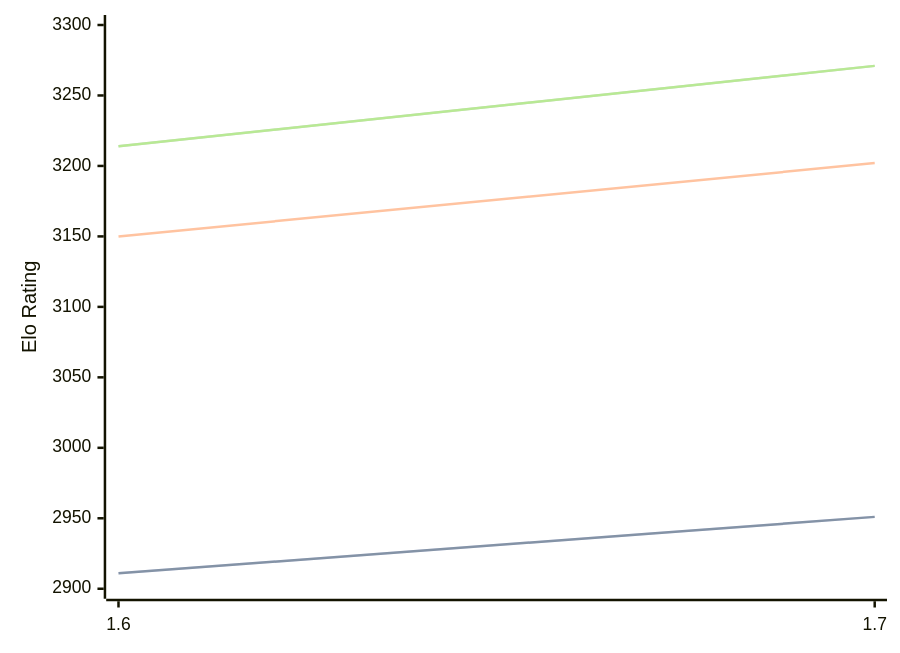
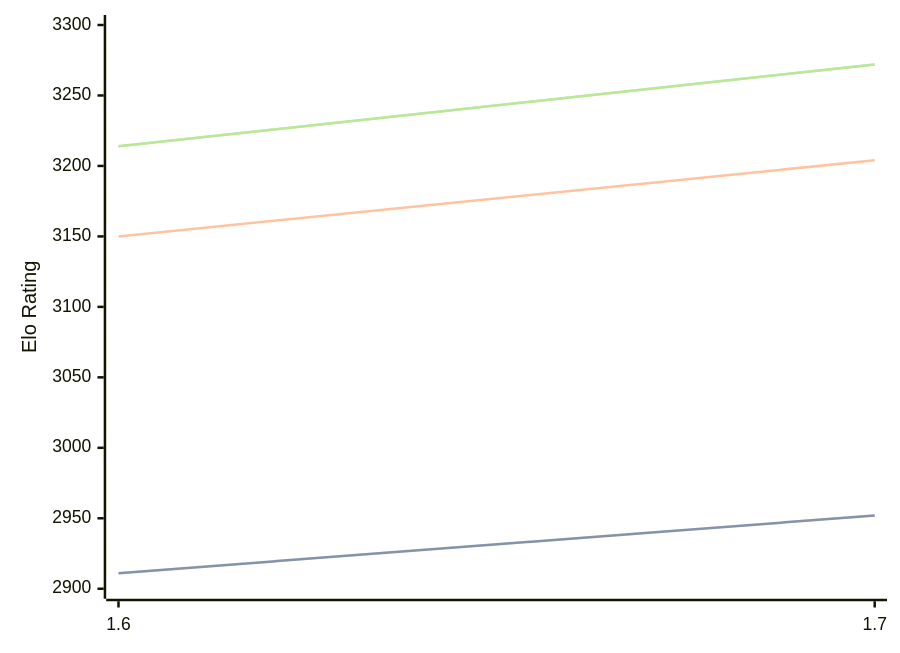
The diagram in engines/Bitbit.md (computer-chess-index/cci), drawn with Mermaid before and after one commit. The commit also changed other lines of this file, not shown here.

Commit message:
Update CCI Ratings (ELO VLTC) - 2026-10-08

````diff
--- a/engines/Bitbit.md
+++ b/engines/Bitbit.md
@@ -32,11 +32,11 @@
 ```mermaid
 %%{init: {"theme":"base","themeVariables":{"seriesColors:['#a3a3a3','#222221','#faa371']}}}%%
 xychart-beta
   x-axis ["1.6", "1.7"]
   y-axis "Elo Rating" 2900 --> 3300
-  line "" [2911, 2951]
-  line "STC (8.0+0.08s)" [2911, 2951]
-  line "LTC (60.0+0.60s)" [3150, 3202]
-  line "" [3214, 3271]
-  line "VLTC (2m24s+1.12s)" [3214, 3271]
+  line "" [2911, 2952]
+  line "STC (8.0+0.08s)" [2911, 2952]
+  line "LTC (60.0+0.60s)" [3150, 3204]
+  line "" [3214, 3272]
+  line "VLTC (2m24s+1.12s)" [3214, 3272]
 ```
````
